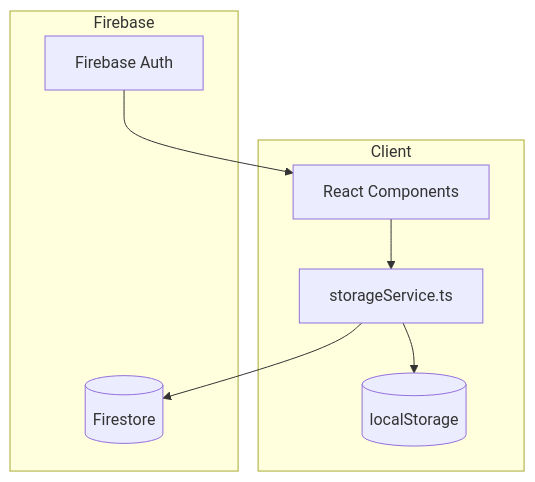
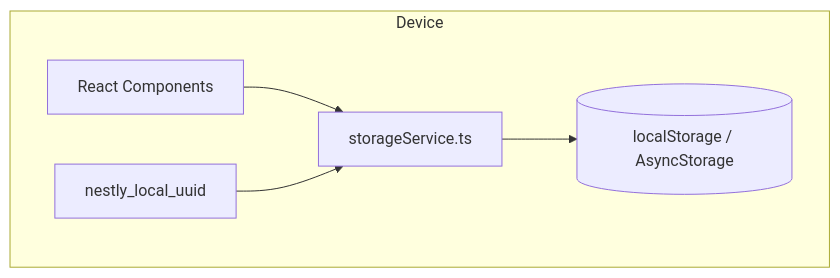
One commit to tanakaprince49-cell/NESTLYY changed the fourth of 4 diagrams in docs/app-guide.md. Above: the diagram before and after it, drawn with Mermaid. The commit also changed other lines of this file, not shown here.

````diff
--- a/docs/app-guide.md
+++ b/docs/app-guide.md
@@ -66,17 +62,12 @@
 ```mermaid
 flowchart TD
-    subgraph Client
+    subgraph Device
         UI[React Components]
         SS[storageService.ts]
-        LS[(localStorage)]
-    end
-
-    subgraph Firebase
-        AUTH[Firebase Auth]
-        FS[(Firestore)]
+        LS[(localStorage / AsyncStorage)]
+        UUID[nestly_local_uuid]
     end
 
     UI --> SS --> LS
-    SS --> FS
-    AUTH --> UI
+    UUID --> SS
 ```
````
